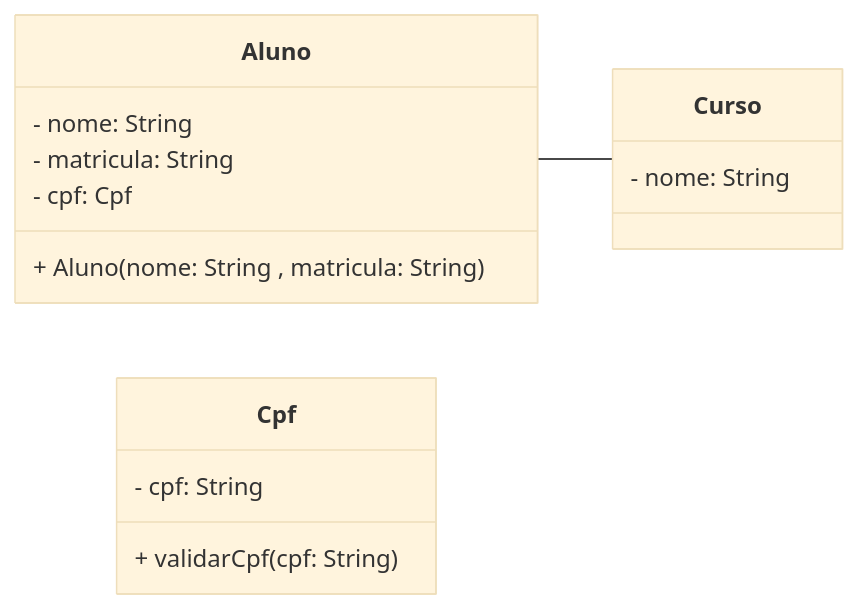
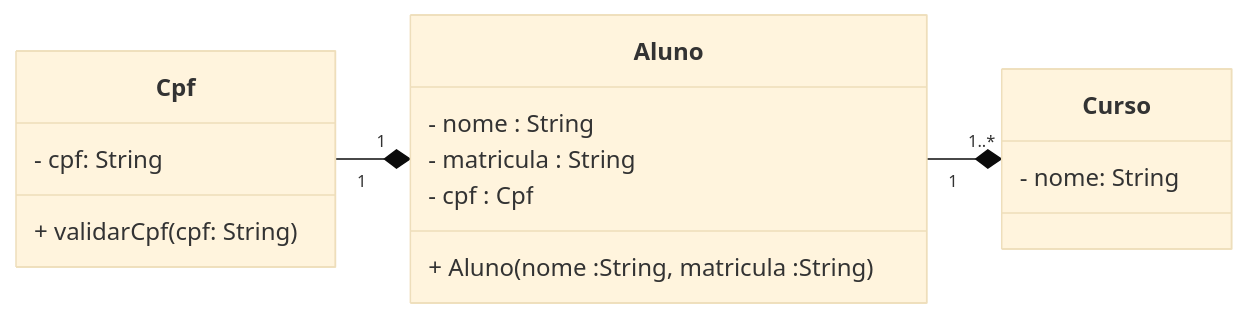
Before and after one commit to Kauan-13/IFSC_POO: the diagram in aula-08/README.md, drawn with Mermaid (base theme). The commit also changed 3 other files, not shown here.

Commit message:
Continuação dos Diagramas de classe UML

````diff
--- a/aula-08/README.md
+++ b/aula-08/README.md
@@ -3,25 +3,26 @@
 ```mermaid
 classDiagram
     
     direction LR
-    Aluno -- Curso
+    Aluno "1" --* "1..*" Curso
+    Cpf "1" --* "1" Aluno 
     
     class Aluno{
-        - nome: String
-        - matricula: String
-        - cpf: Cpf
+        - nome : String
+        - matricula : String
+        - cpf : Cpf
         
-        + Aluno(nome: String , matricula: String)
+        + Aluno(nome :String, matricula :String)
     }
     
     class Cpf{
         - cpf: String
         
         + validarCpf(cpf: String)
     }
     
     class Curso{
         - nome: String
     }
 
 ```
````
